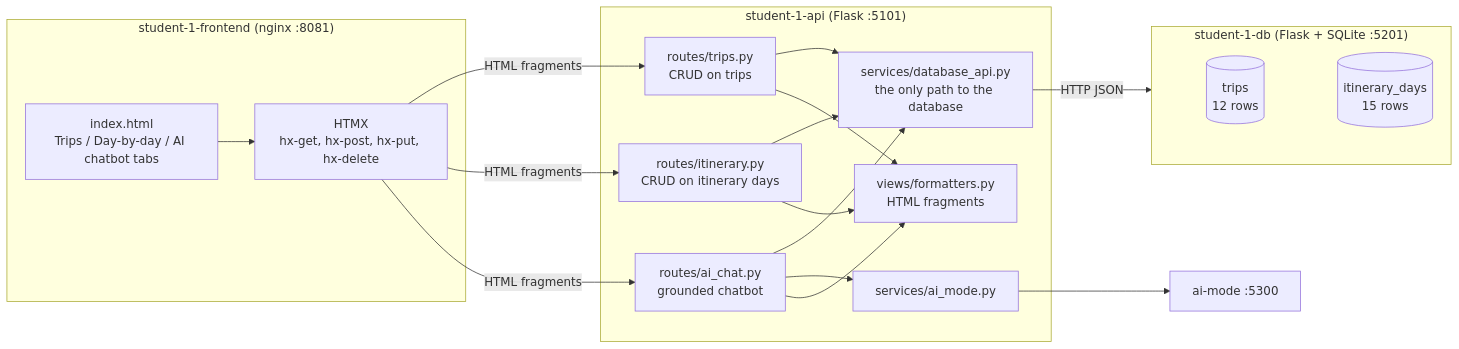
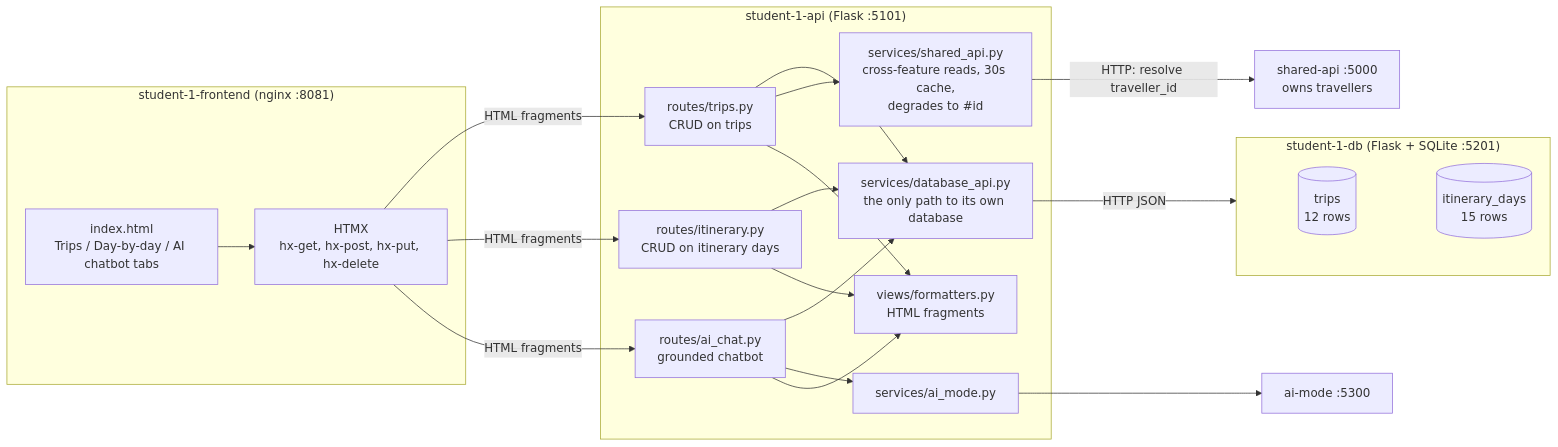
The diagram in docs/diagrams/student-1-architecture.mmd (aurelia-sari/ads-assignment), drawn with Mermaid before and after one commit. The commit also changed 39 other files, not shown here.

First line of the commit message:
Add cross-feature reads, and correct the student slot mapping

```diff
--- a/docs/diagrams/student-1-architecture.mmd
+++ b/docs/diagrams/student-1-architecture.mmd
@@ -1,32 +1,36 @@
 graph LR
     subgraph FE["student-1-frontend (nginx :8081)"]
         HTML["index.html<br/>Trips / Day-by-day / AI chatbot tabs"]
         HTMX["HTMX<br/>hx-get, hx-post, hx-put, hx-delete"]
     end
 
     subgraph API["student-1-api (Flask :5101)"]
         RT["routes/trips.py<br/>CRUD on trips"]
         RI["routes/itinerary.py<br/>CRUD on itinerary days"]
         RA["routes/ai_chat.py<br/>grounded chatbot"]
-        SV["services/database_api.py<br/>the only path to the database"]
+        SV["services/database_api.py<br/>the only path to its own database"]
+        SS["services/shared_api.py<br/>cross-feature reads, 30s cache,<br/>degrades to #id"]
         SA["services/ai_mode.py"]
         VW["views/formatters.py<br/>HTML fragments"]
     end
 
     subgraph DB["student-1-db (Flask + SQLite :5201)"]
         T1[("trips<br/>12 rows")]
         T2[("itinerary_days<br/>15 rows")]
     end
 
     AM["ai-mode :5300"]
+    SH["shared-api :5000<br/>owns travellers"]
 
     HTML --> HTMX
     HTMX -->|"HTML fragments"| RT & RI & RA
     RT & RI --> SV
+    RT --> SS
+    SS -->|"HTTP: resolve traveller_id"| SH
     RA --> SV
     RA --> SA
     SA --> AM
     SV -->|"HTTP JSON"| DB
     RT & RI & RA --> VW
     DB --- T1
     DB --- T2
```
